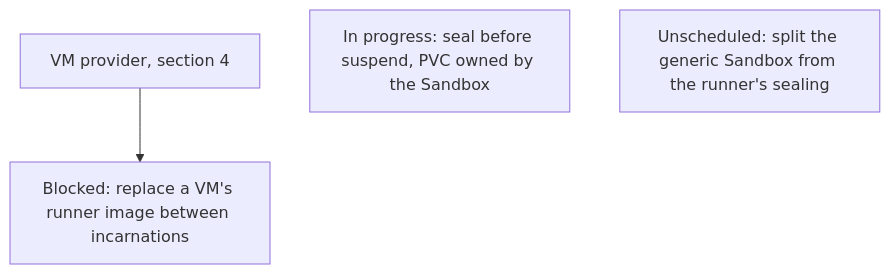
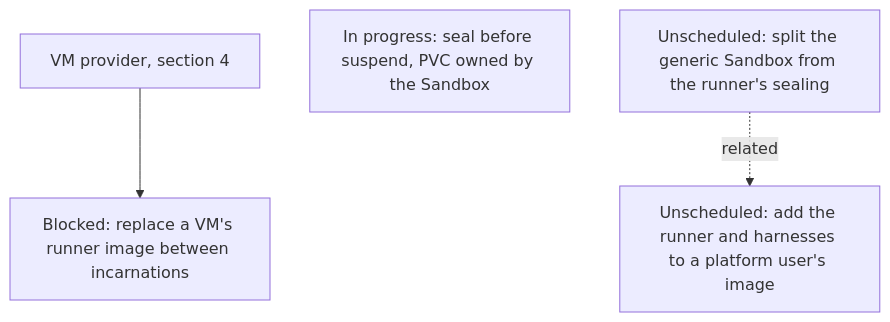
Before and after one commit to agentydragon/ducktape: the tenth of 15 diagrams in agentplane/plans/task_dag.md, drawn with Mermaid. The commit also changed other lines of this file, not shown here.

First line of the commit message:
agentplane: add the SANDBOX_RUNNER_LAYERING node to the task DAG

````diff
--- a/agentplane/plans/task_dag.md
+++ b/agentplane/plans/task_dag.md
@@ -674,6 +674,8 @@
 ```mermaid
 flowchart TD
     VM_PROVIDER[VM provider, section 4] --> SANDBOX_IMAGE_REPLACE[Blocked: replace a VM's runner image between incarnations]
     SANDBOX_LIFECYCLE[In progress: seal before suspend, PVC owned by the Sandbox]
     SANDBOX_GENERIC_SPLIT[Unscheduled: split the generic Sandbox from the runner's sealing]
+    SANDBOX_RUNNER_LAYERING[Unscheduled: add the runner and harnesses to a platform user's image]
+    SANDBOX_GENERIC_SPLIT -. related .-> SANDBOX_RUNNER_LAYERING
 ```
````
